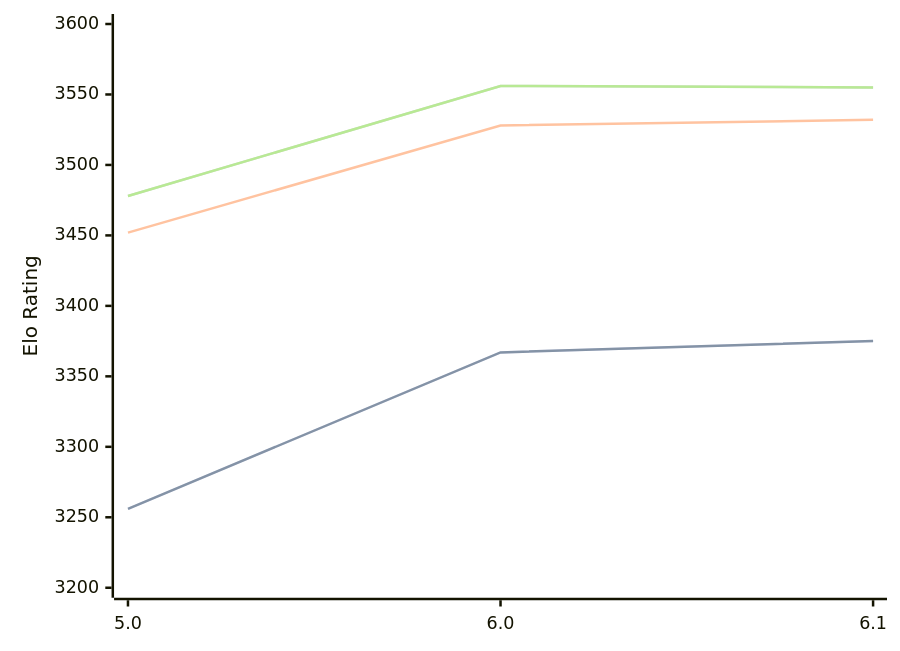
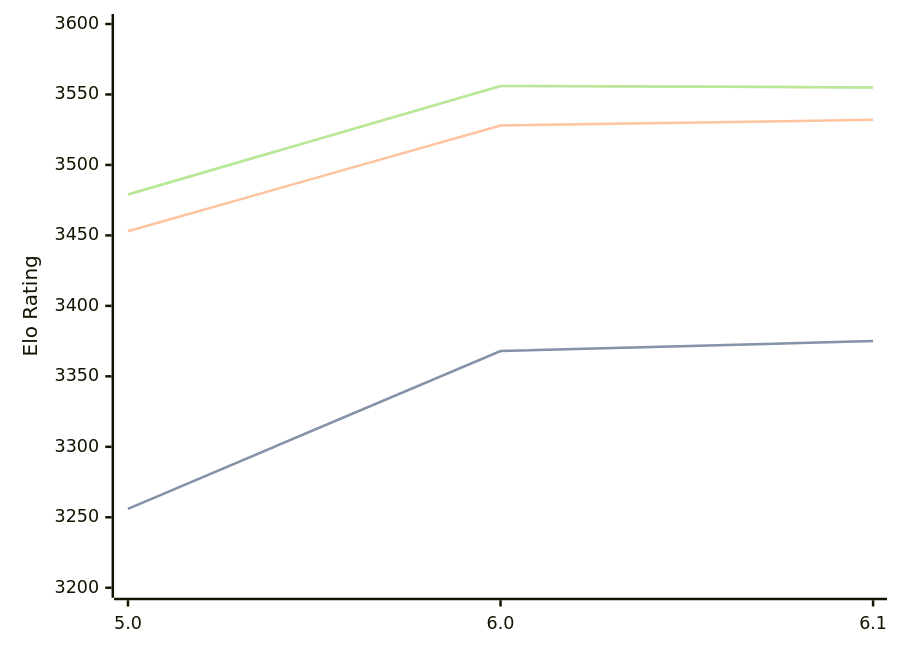
Before and after one commit to computer-chess-index/cci: the diagram in engines/Starzix.md, drawn with Mermaid. The commit also changed other lines of this file, not shown here.

Commit message:
Update CCI Ratings (ELO VLTC) - 2026-05-03

````diff
--- a/engines/Starzix.md
+++ b/engines/Starzix.md
@@ -37,11 +37,11 @@
 ```mermaid
 %%{init: {"theme":"base","themeVariables":{"seriesColors:['#a3a3a3','#222221','#faa371']}}}%%
 xychart-beta
   x-axis ["5.0", "6.0", "6.1"]
   y-axis "Elo Rating" 3200 --> 3600
-  line "STC (8.0+0.08s)" [3256, 3367, 3375]
-  line "STC (8.0+0.08s)" [3256, 3367, 3375]
-  line "LTC (60.0+0.60s)" [3452, 3528, 3532]
-  line "VLTC (2m24s+1.12s)" [3478, 3556, 3555]
-  line "VLTC (2m24s+1.12s)" [3478, 3556, 3555]
+  line "STC (8.0+0.08s)" [3256, 3368, 3375]
+  line "STC (8.0+0.08s)" [3256, 3368, 3375]
+  line "LTC (60.0+0.60s)" [3453, 3528, 3532]
+  line "VLTC (2m24s+1.12s)" [3479, 3556, 3555]
+  line "VLTC (2m24s+1.12s)" [3479, 3556, 3555]
 ```
````
